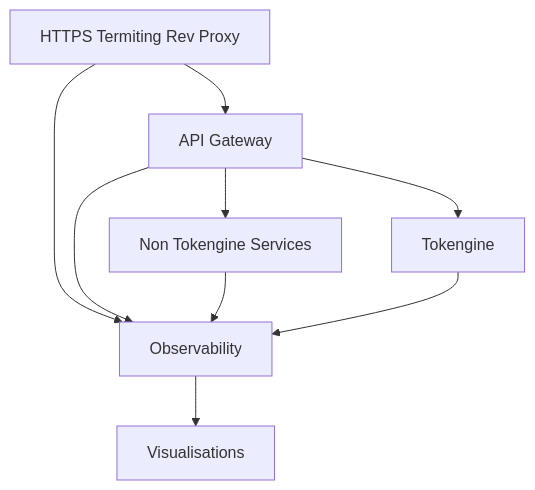
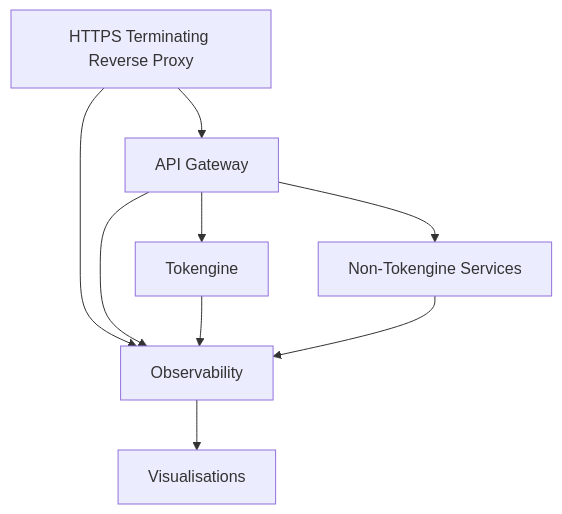
The second of 4 diagrams in infra/README.md (Convex-Dev/tokengine), drawn with Mermaid before and after one commit.

````diff
--- a/infra/README.md
+++ b/infra/README.md
@@ -14,11 +14,11 @@
 ```mermaid
 graph TD
-    A[HTTPS Termiting Rev Proxy] --> B[API Gateway]
-    B --> C[Non Tokengine Services]
-    B --> D[Tokengine]
+    A[HTTPS Terminating Reverse Proxy] --> B[API Gateway]
+    B --> C[Tokengine]
+    B --> D[Non-Tokengine Services]
     A --> E[Observability]
     B --> E
     C --> E
     D --> E
     E --> F[Visualisations]
 ```
````
